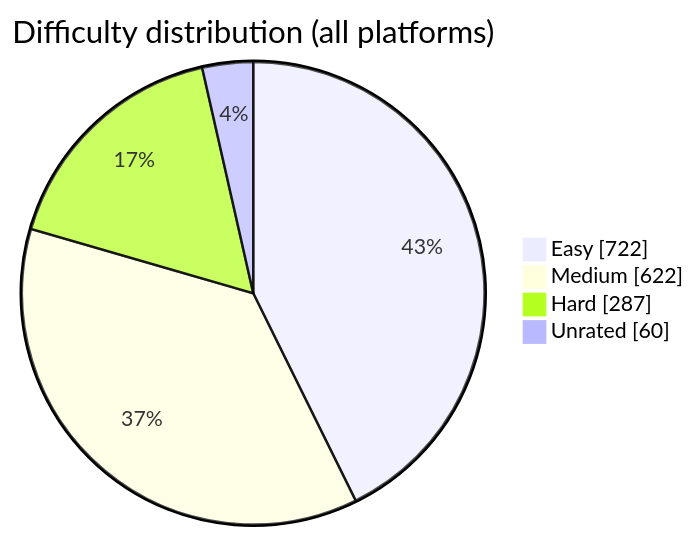
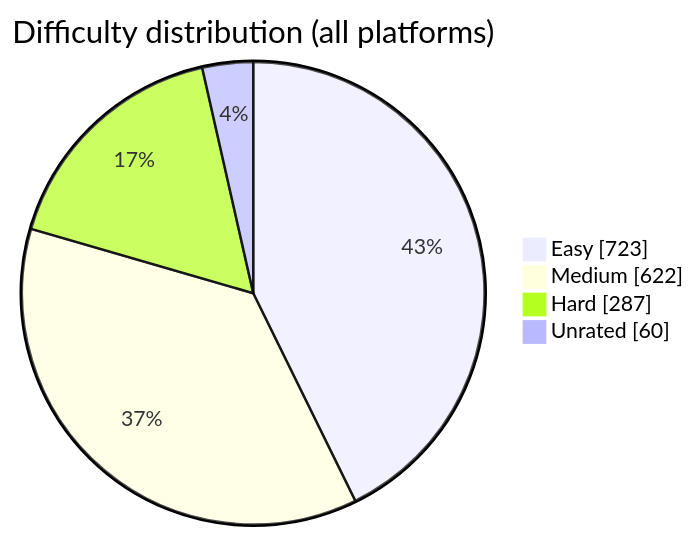
The diagram in README.md (BuildbyArindam/Daily-Coding-Log), drawn with Mermaid before and after one commit. The commit also changed other lines of this file, not shown here.

````diff
--- a/README.md
+++ b/README.md
@@ -93,7 +93,7 @@
 ```mermaid
 pie showData title Difficulty distribution (all platforms)
-    "Easy" : 722
+    "Easy" : 723
     "Medium" : 622
     "Hard" : 287
     "Unrated" : 60
 ```
````
